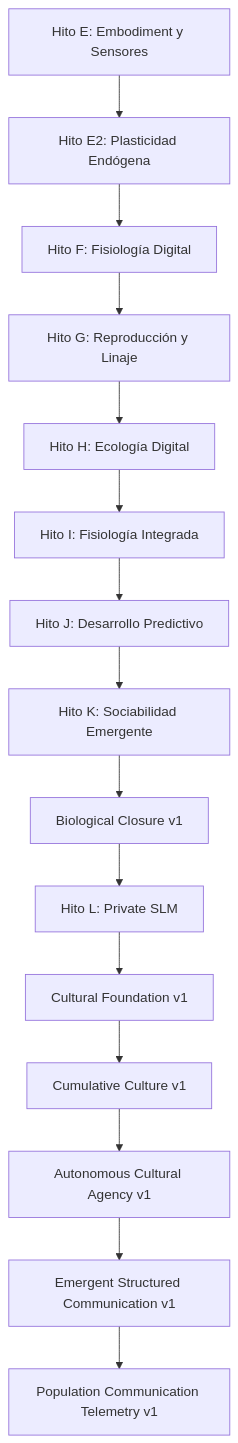
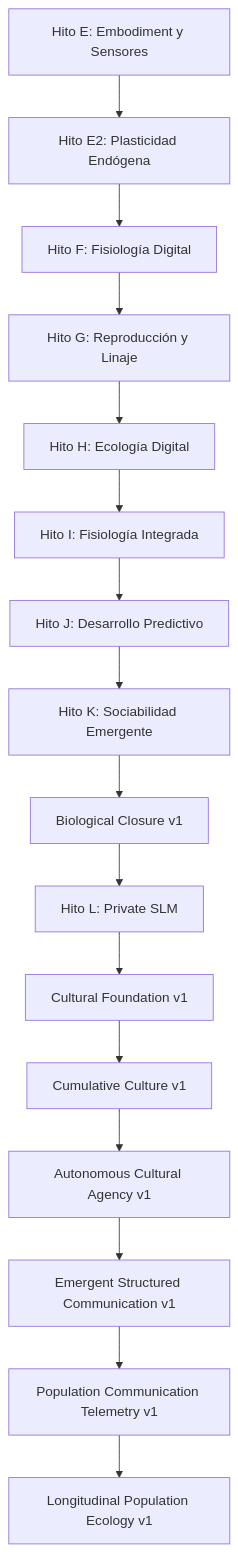
Before and after one commit to alessbarb/symbiont-lab: the diagram in docs/design/README.md, drawn with Mermaid. The commit also changed other lines of this file and 11 other files, not shown here.

Commit message:
feat(research): add bounded longitudinal ecology campaign

````diff
--- a/docs/design/README.md
+++ b/docs/design/README.md
@@ -16,16 +16,17 @@
 ```mermaid
 flowchart TD
     E["Hito E: Embodiment y Sensores"] --> E2["Hito E2: Plasticidad Endógena"]
     E2 --> F["Hito F: Fisiología Digital"]
     F --> G["Hito G: Reproducción y Linaje"]
     G --> H["Hito H: Ecología Digital"]
     H --> I["Hito I: Fisiología Integrada"]
     I --> J["Hito J: Desarrollo Predictivo"]
     J --> K["Hito K: Sociabilidad Emergente"]
     K --> BC["Biological Closure v1"]
     BC --> L["Hito L: Private SLM"]
     L --> CF["Cultural Foundation v1"] --> C["Cumulative Culture v1"]
     C --> ACA["Autonomous Cultural Agency v1"]
     ACA --> ESC["Emergent Structured Communication v1"]
     ESC --> PCT["Population Communication Telemetry v1"]
+    PCT --> LPE["Longitudinal Population Ecology v1"]
 ```
````
